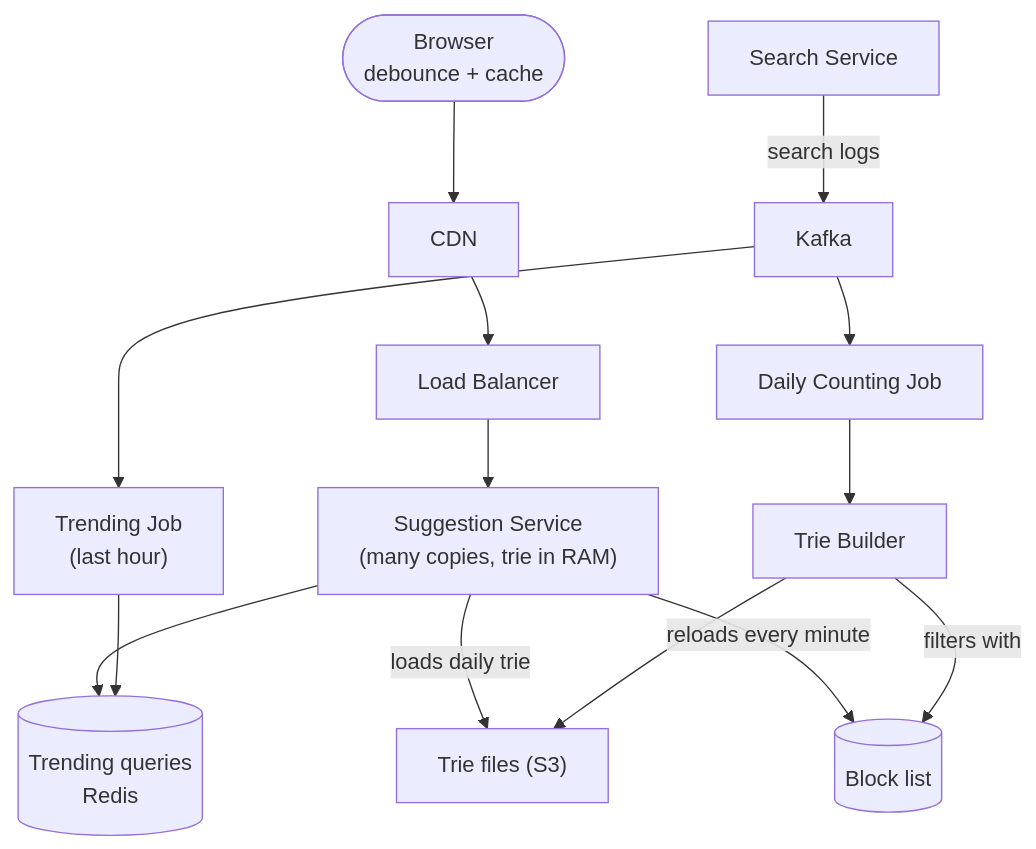
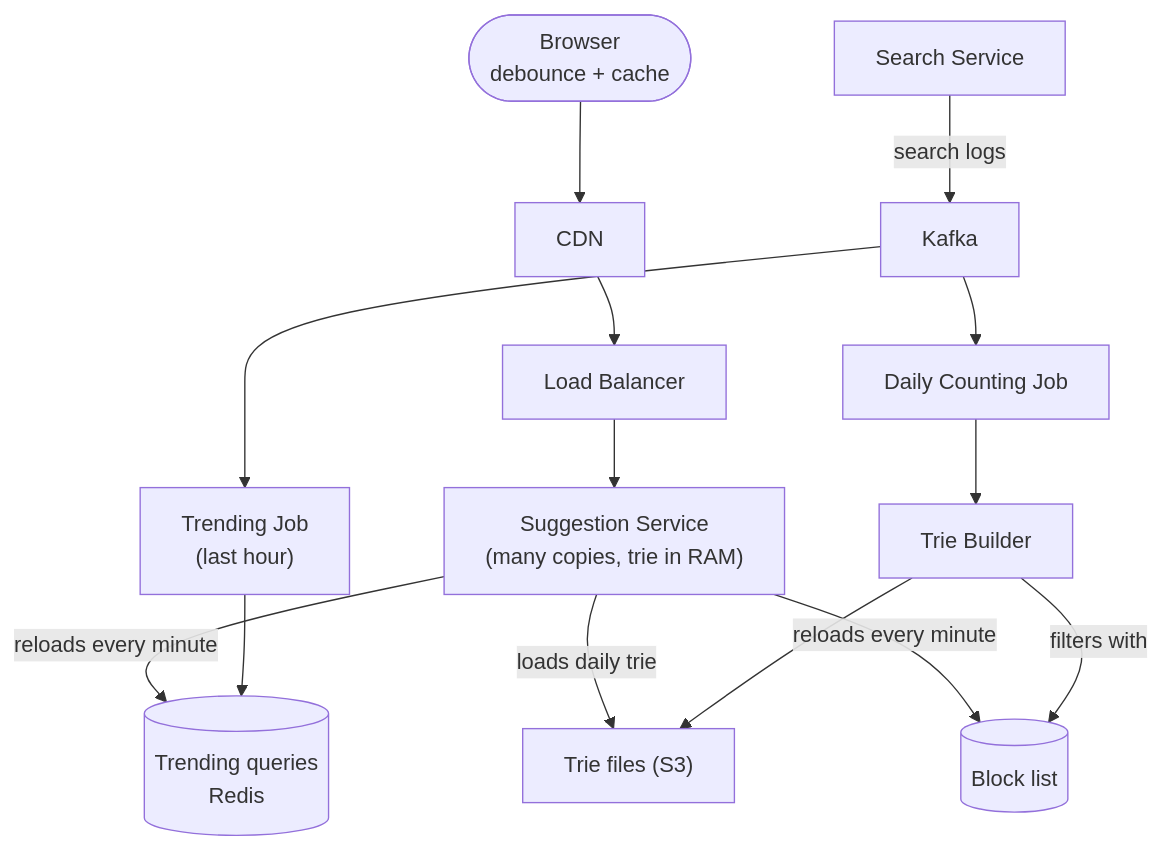
The fourth of 4 diagrams in content/system-design/questions/search-autocomplete.mdx (iamrs77/interview-ready), drawn with Mermaid before and after one commit. The commit also changed other lines of this file and 132 other files, not shown here.

````diff
--- a/content/system-design/questions/search-autocomplete.mdx
+++ b/content/system-design/questions/search-autocomplete.mdx
@@ -201,16 +201,16 @@
 ```mermaid
 flowchart TB
   User(["Browser<br/>debounce + cache"]):::client --> CDN["CDN"]:::storage
   CDN --> LB["Load Balancer"]:::lb
   LB --> Sug["Suggestion Service<br/>(many copies, trie in RAM)"]:::service
-  Sug --> Trend[("Trending queries<br/>Redis")]:::cache
+  Sug -->|"reloads every minute"| Trend[("Trending queries<br/>Redis")]:::cache
   Sug -->|"loads daily trie"| S3["Trie files (S3)"]:::storage
   Sug -->|"reloads every minute"| Block[("Block list")]:::db
   Search["Search Service"]:::service -->|"search logs"| Kafka["Kafka"]:::queue
   Kafka --> Batch["Daily Counting Job"]:::service
   Kafka --> Stream["Trending Job<br/>(last hour)"]:::service
   Batch --> Builder["Trie Builder"]:::service
   Builder -->|"filters with"| Block
   Builder --> S3
   Stream --> Trend
 ```
````
